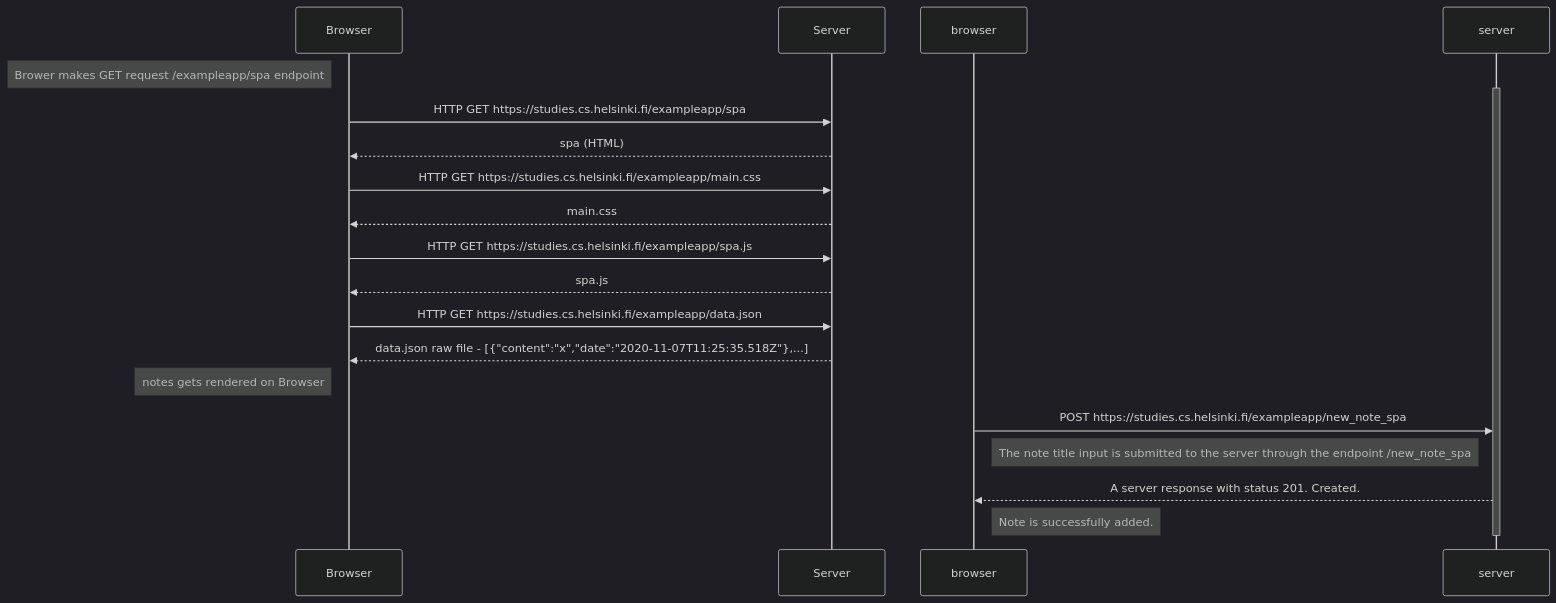
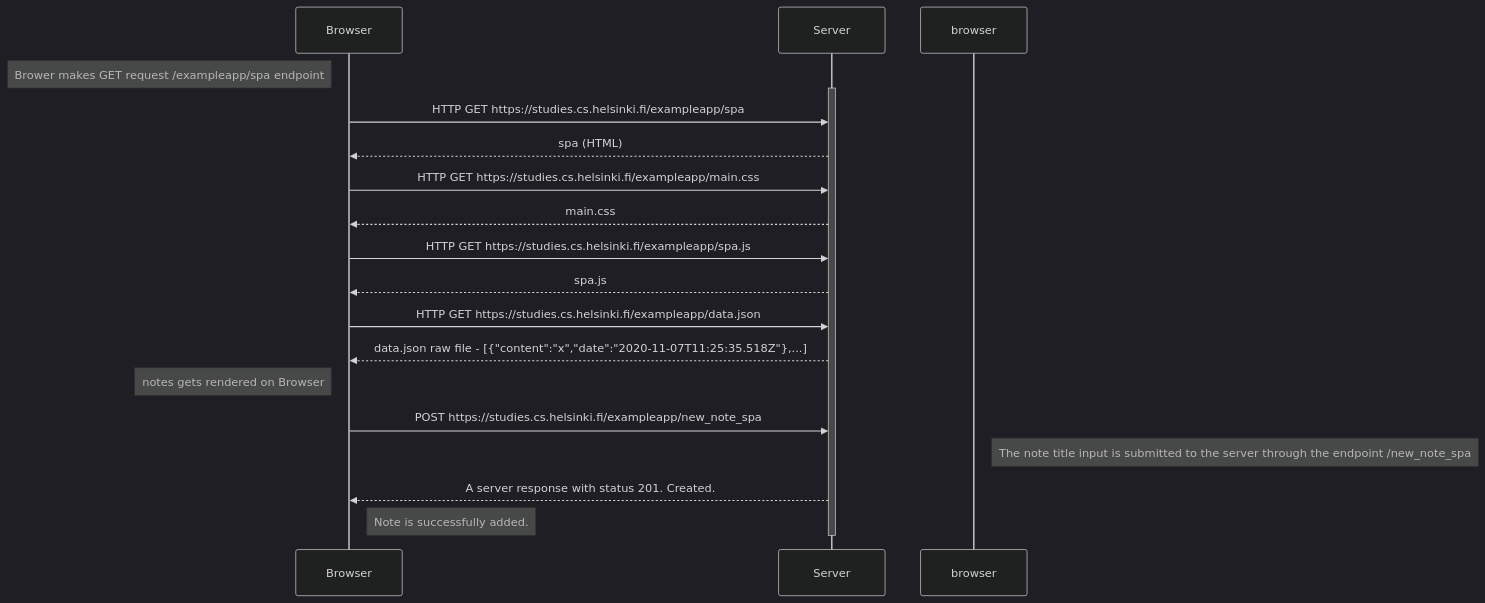
One commit to Ifcodes/Full-Stack-Open-Ex changed the diagram in part_0/exercise-05.md. Above: the diagram before and after it, drawn with Mermaid (dark theme).

Commit message:
exercise 04

````diff
--- a/part_0/exercise-05.md
+++ b/part_0/exercise-05.md
@@ -1,28 +1,28 @@
 ```mermaid
 sequenceDiagram
 participant Browser
 participant Server
 
 Note left of Browser: Brower makes GET request /exampleapp/spa endpoint
-activate server
+activate Server
 Browser->>Server: HTTP GET https://studies.cs.helsinki.fi/exampleapp/spa
 Server-->>Browser: spa (HTML)
 
 Browser->>Server: HTTP GET https://studies.cs.helsinki.fi/exampleapp/main.css
 Server-->>Browser: main.css
 
 Browser->>Server: HTTP GET https://studies.cs.helsinki.fi/exampleapp/spa.js
 Server-->>Browser: spa.js
 
 Browser->>Server: HTTP GET https://studies.cs.helsinki.fi/exampleapp/data.json
 Server-->>Browser: data.json raw file - [{"content":"x","date":"2020-11-07T11:25:35.518Z"},...]
 
 Note left of Browser: notes gets rendered on Browser
 
-browser->>server: POST https://studies.cs.helsinki.fi/exampleapp/new_note_spa
+Browser->>Server: POST https://studies.cs.helsinki.fi/exampleapp/new_note_spa
 Note right of browser: The note title input is submitted to the server through the endpoint /new_note_spa
-server-->>browser: A server response with status 201. Created.
+Server-->>Browser: A server response with status 201. Created.
 
-Note right of browser: Note is successfully added.
-deactivate server
+Note right of Browser: Note is successfully added.
+deactivate Server
 ```
````
